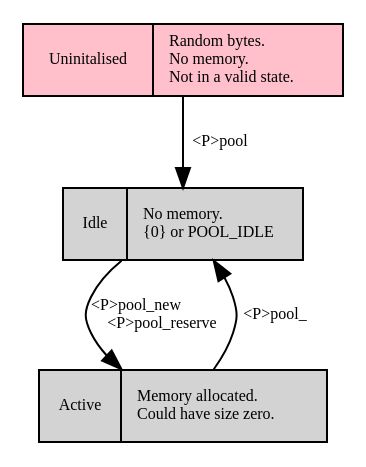
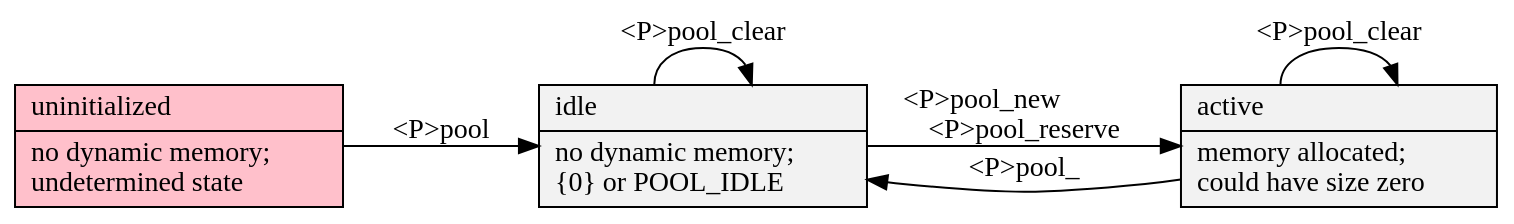
Before and after one commit to neil-edelman/boxes: the diagram in web/states.gv, drawn with Graphviz. The commit also changed 3 other files, not shown here.

```diff
--- a/web/states.gv
+++ b/web/states.gv
@@ -1,15 +1,13 @@
 digraph {
-	//rankdir = LR;
-	fontname = "Bitstream Vera Sans"
-	fontsize = 8
-	node [ fontname = "Bitstream Vera Sans" fontsize = 8 shape = "record" ]
-	edge [ fontname = "Bitstream Vera Sans" fontsize = 8 ]
-
-	node [ shape=record, style=filled ];
-	null [ label = "Uninitalised|Random bytes.\lNo memory.\lNot in a valid state.\l", fillcolor = pink ];
-	static [ label = "Idle|No memory.\l\{0\} or POOL_IDLE\l" ];
-	dynamic [ label = "Active|Memory allocated.\lCould have size zero.\l" ];
+	graph [rankdir=LR, truecolor=true, bgcolor=transparent, fontname="Bitstream Vera Sans"];
+	node [shape=record, style=filled, fillcolor="Grey95", fontname="Bitstream Vera Sans"];
+	edge [fontname="Bitstream Vera Sans"];
+	null [label = "uninitialized\l|no dynamic memory;\lundetermined state\l", fillcolor = pink];
+	static [ label = "idle\l|no dynamic memory;\l\{0\} or POOL_IDLE\l" ];
+	dynamic [ label = "active\l|memory allocated;\lcould have size zero\l" ];
 	null -> static [ label = "<P>pool" ];
 	static -> dynamic [ label = "<P>pool_new\l<P>pool_reserve" ];
 	dynamic -> static [ label = "<P>pool_" ];
+	static -> static [label = "<P>pool_clear"]
+	dynamic -> dynamic [label = "<P>pool_clear"]
 }
```
